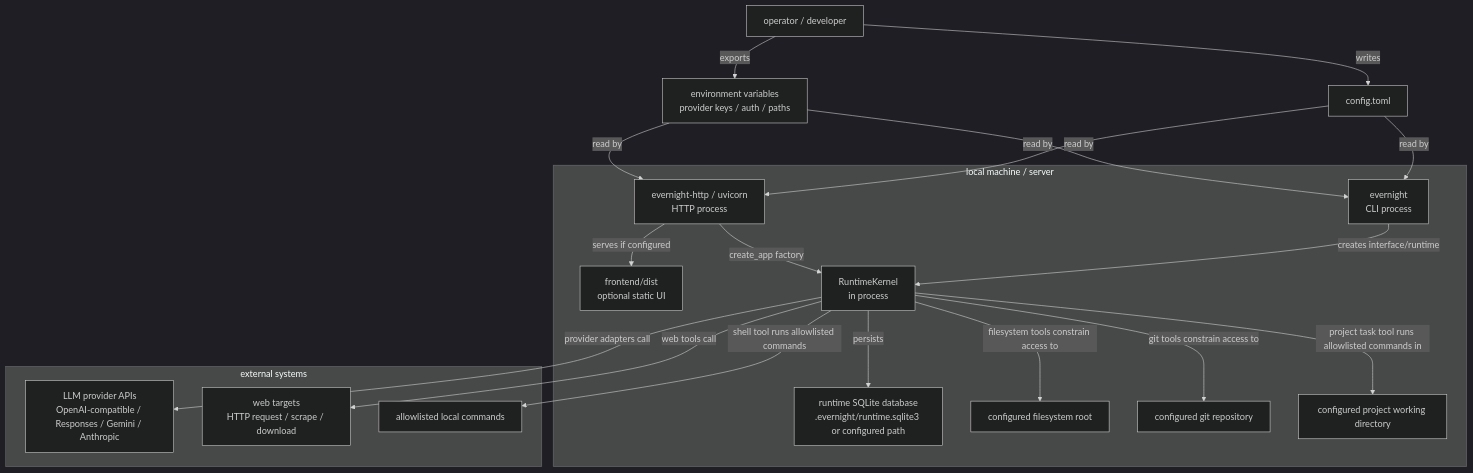
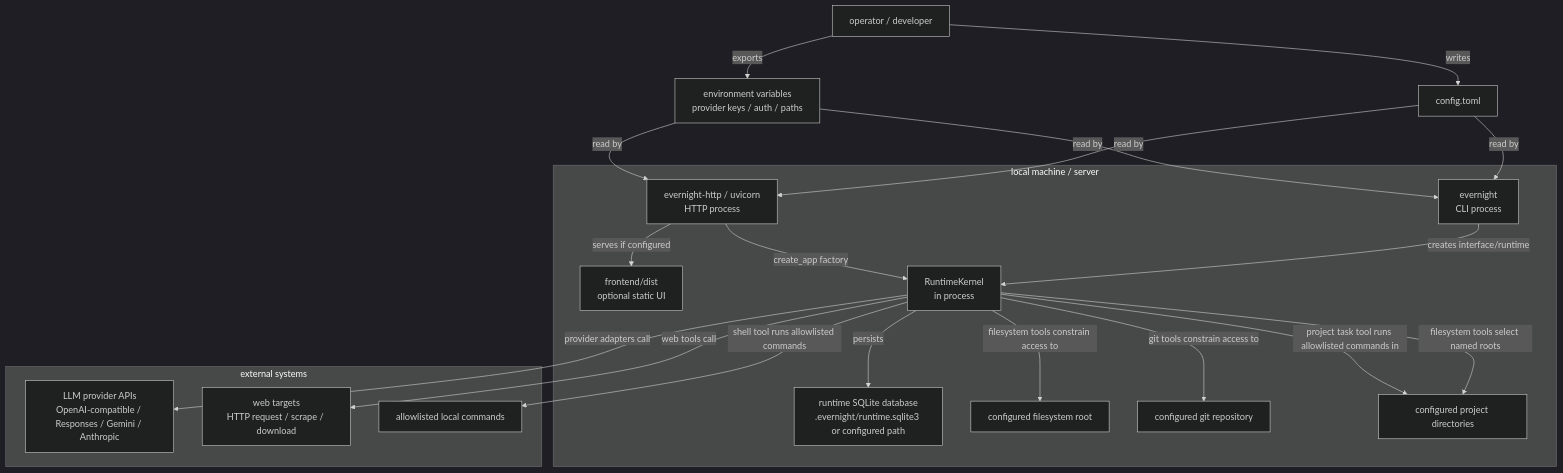
One commit to Evernight275/EvernightAI changed the sixth of 6 diagrams in docs/architecture-diagrams.md. Above: the diagram before and after it, drawn with Mermaid (dark theme). The commit also changed 42 other files, not shown here.

````diff
--- a/docs/architecture-diagrams.md
+++ b/docs/architecture-diagrams.md
@@ -305,42 +305,43 @@
 ```mermaid
 flowchart TD
     Operator["operator / developer"]
     Config["config.toml"]
     Env["environment variables<br/>provider keys / auth / paths"]
 
     subgraph LocalMachine["local machine / server"]
         CLIProcess["evernight<br/>CLI process"]
         HTTPProcess["evernight-http / uvicorn<br/>HTTP process"]
         StaticUI["frontend/dist<br/>optional static UI"]
         Runtime["RuntimeKernel<br/>in process"]
         SQLite["runtime SQLite database<br/>.evernight/runtime.sqlite3 or configured path"]
         FSRoot["configured filesystem root"]
         GitRepo["configured git repository"]
-        ProjectRoot["configured project working directory"]
+        ProjectRoots["configured project directories"]
     end
 
     subgraph External["external systems"]
         Providers["LLM provider APIs<br/>OpenAI-compatible / Responses / Gemini / Anthropic"]
         WebTargets["web targets<br/>HTTP request / scrape / download"]
         ShellCommands["allowlisted local commands"]
     end
 
     Operator -- "writes" --> Config
     Operator -- "exports" --> Env
     Config -- "read by" --> CLIProcess
     Config -- "read by" --> HTTPProcess
     Env -- "read by" --> CLIProcess
     Env -- "read by" --> HTTPProcess
 
     CLIProcess -- "creates interface/runtime" --> Runtime
     HTTPProcess -- "create_app factory" --> Runtime
     HTTPProcess -- "serves if configured" --> StaticUI
 
     Runtime -- "persists" --> SQLite
     Runtime -- "provider adapters call" --> Providers
     Runtime -- "web tools call" --> WebTargets
     Runtime -- "filesystem tools constrain access to" --> FSRoot
+    Runtime -- "filesystem tools select named roots" --> ProjectRoots
     Runtime -- "git tools constrain access to" --> GitRepo
-    Runtime -- "project task tool runs allowlisted commands in" --> ProjectRoot
+    Runtime -- "project task tool runs allowlisted commands in" --> ProjectRoots
     Runtime -- "shell tool runs allowlisted commands" --> ShellCommands
 ```
````
